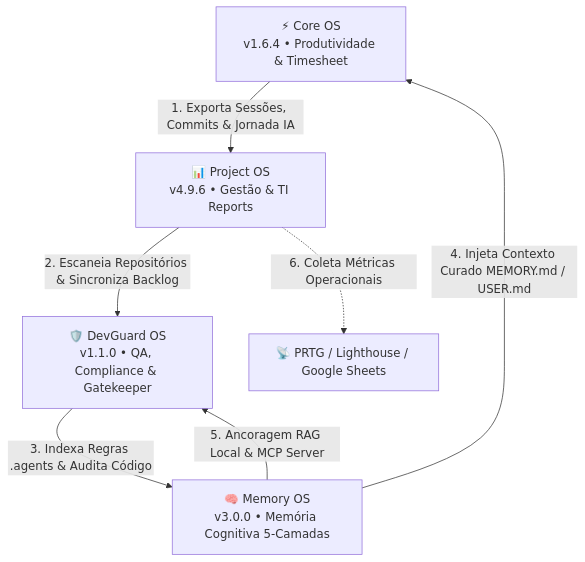
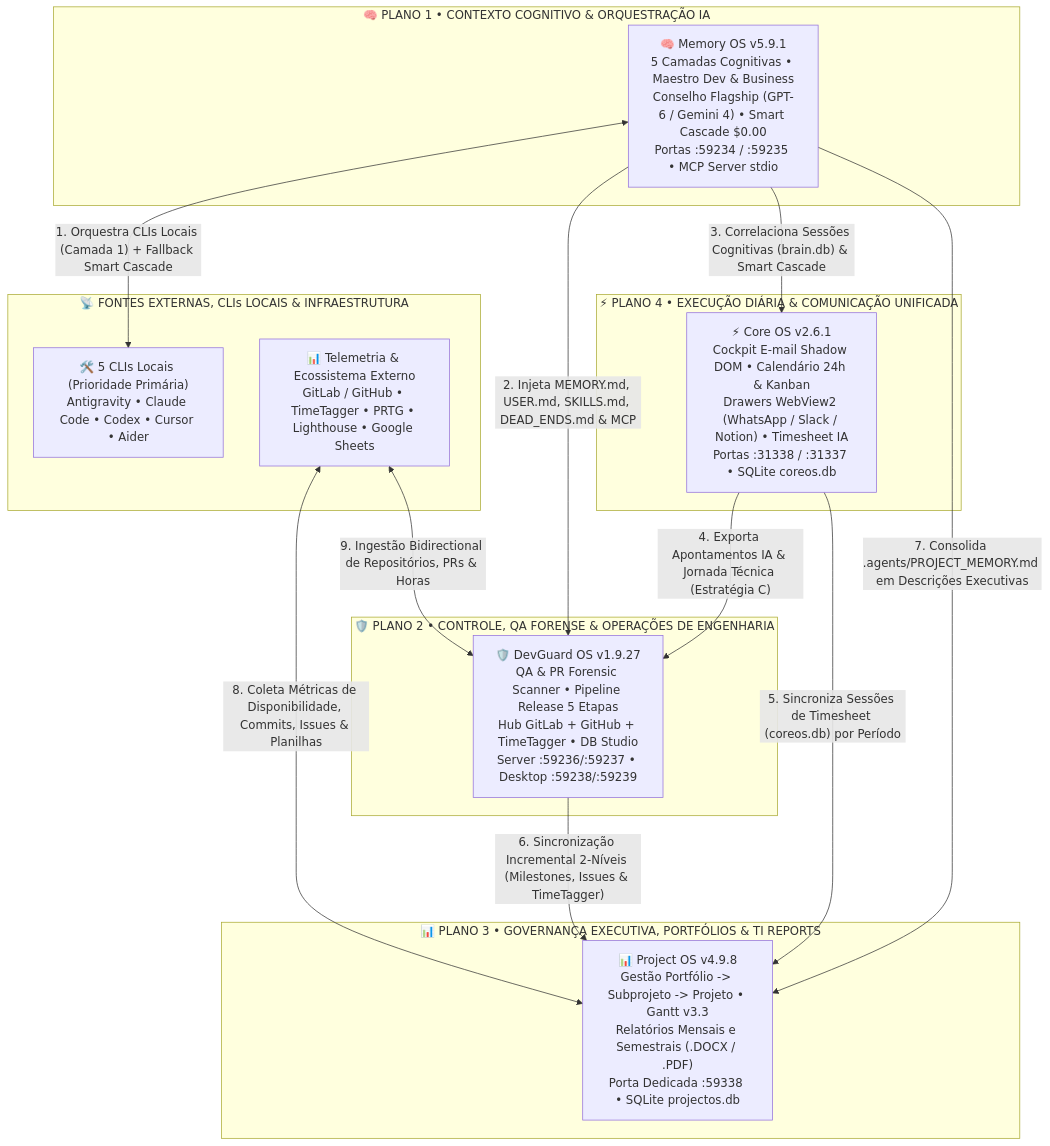
Before and after one commit to ProjectOS-system/.github: the diagram in README.md, drawn with Mermaid. The commit also changed other lines of this file and 1 other file, not shown here.

Commit message:
docs(vti-research): add VTI Research division, bilingual monographs, GitHub Pages portal and official Zenodo DOIs to VTI OS System README

````diff
--- a/README.md
+++ b/README.md
@@ -17,9 +36,33 @@
 ```mermaid
-graph TD
-    A[⚡ Core OS<br/>v1.6.4 • Produtividade & Timesheet] -->|1. Exporta Sessões, Commits & Jornada IA| B[📊 Project OS<br/>v4.9.6 • Gestão & TI Reports]
-    B -->|2. Escaneia Repositórios & Sincroniza Backlog| C[🛡️ DevGuard OS<br/>v1.1.0 • QA, Compliance & Gatekeeper]
-    C -->|3. Indexa Regras .agents & Audita Código| D[🧠 Memory OS<br/>v3.0.0 • Memória Cognitiva 5-Camadas]
-    D -->|4. Injeta Contexto Curado MEMORY.md / USER.md| A
-    D -->|5. Ancoragem RAG Local & MCP Server| C
-    B -.->|6. Coleta Métricas Operacionais| E[📡 PRTG / Lighthouse / Google Sheets]
+flowchart TD
+    subgraph P1["🧠 PLANO 1 • CONTEXTO COGNITIVO & ORQUESTRAÇÃO IA"]
+        MOS["🧠 Memory OS v5.9.1<br/>5 Camadas Cognitivas • Maestro Dev & Business<br/>Conselho Flagship (GPT-6 / Gemini 4) • Smart Cascade $0.00<br/>Portas :59234 / :59235 • MCP Server stdio"]
+    end
+
+    subgraph P4["⚡ PLANO 4 • EXECUÇÃO DIÁRIA & COMUNICAÇÃO UNIFICADA"]
+        COS["⚡ Core OS v2.6.1<br/>Cockpit E-mail Shadow DOM • Calendário 24h & Kanban<br/>Drawers WebView2 (WhatsApp / Slack / Notion) • Timesheet IA<br/>Portas :31338 / :31337 • SQLite coreos.db"]
+    end
+
+    subgraph P2["🛡️ PLANO 2 • CONTROLE, QA FORENSE & OPERAÇÕES DE ENGENHARIA"]
+        DG["🛡️ DevGuard OS v1.9.27<br/>QA & PR Forensic Scanner • Pipeline Release 5 Etapas<br/>Hub GitLab + GitHub + TimeTagger • DB Studio<br/>Server :59236/:59237 • Desktop :59238/:59239"]
+    end
+
+    subgraph P3["📊 PLANO 3 • GOVERNANÇA EXECUTIVA, PORTFÓLIOS & TI REPORTS"]
+        POS["📊 Project OS v4.9.8<br/>Gestão Portfólio -> Subprojeto -> Projeto • Gantt v3.3<br/>Relatórios Mensais e Semestrais (.DOCX / .PDF)<br/>Porta Dedicada :59338 • SQLite projectos.db"]
+    end
+
+    subgraph EXT["📡 FONTES EXTERNAS, CLIs LOCAIS & INFRAESTRUTURA"]
+        CLIS["🛠️ 5 CLIs Locais (Prioridade Primária)<br/>Antigravity • Claude Code • Codex • Cursor • Aider"]
+        OPS["📊 Telemetria & Ecossistema Externo<br/>GitLab / GitHub • TimeTagger • PRTG • Lighthouse • Google Sheets"]
+    end
+
+    MOS <-->|"1. Orquestra CLIs Locais (Camada 1) + Fallback Smart Cascade"| CLIS
+    MOS -->|"2. Injeta MEMORY.md, USER.md, SKILLS.md, DEAD_ENDS.md & MCP"| DG
+    MOS -->|"3. Correlaciona Sessões Cognitivas (brain.db) & Smart Cascade"| COS
+    COS -->|"4. Exporta Apontamentos IA & Jornada Técnica (Estratégia C)"| DG
+    COS -->|"5. Sincroniza Sessões de Timesheet (coreos.db) por Período"| POS
+    DG -->|"6. Sincronização Incremental 2-Níveis (Milestones, Issues & TimeTagger)"| POS
+    MOS -->|"7. Consolida .agents/PROJECT_MEMORY.md em Descrições Executivas"| POS
+    OPS <-->|"8. Coleta Métricas de Disponibilidade, Commits, Issues & Planilhas"| POS
+    OPS <-->|"9. Ingestão Bidirectional de Repositórios, PRs & Horas"| DG
 ```
````
